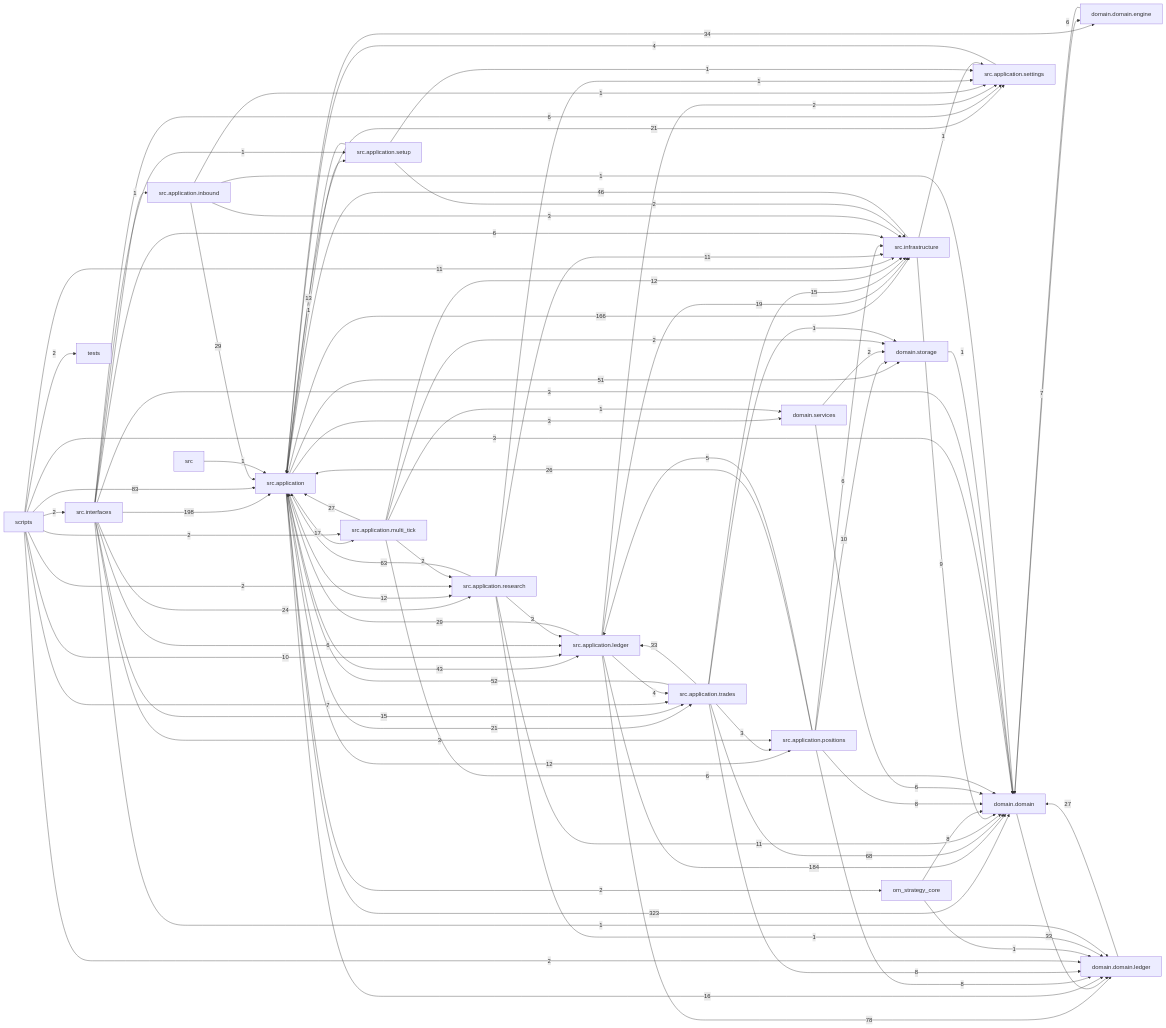
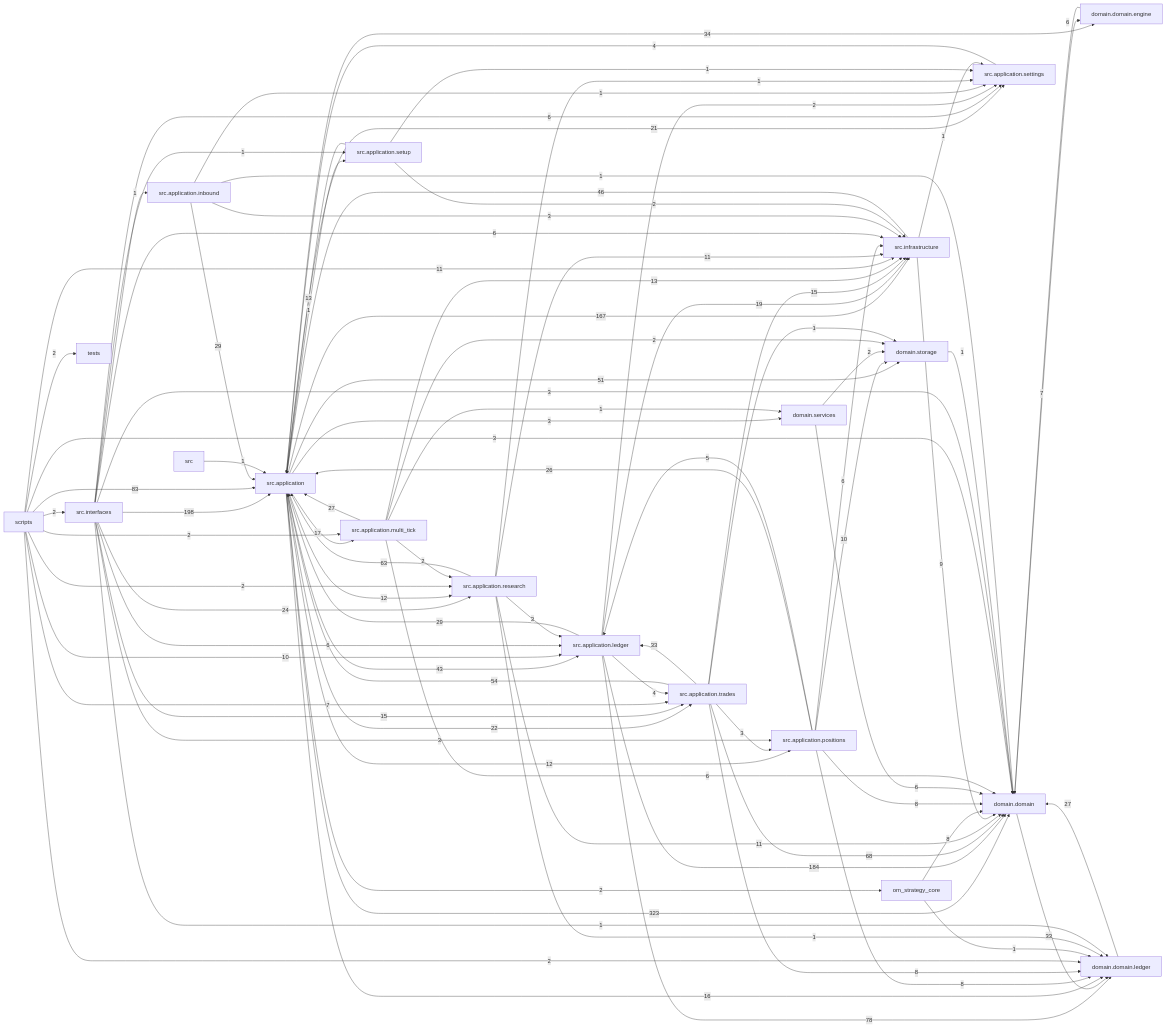
Before and after one commit to liuxie066/options-monitor: the diagram in docs/dependency_graph.mmd, drawn with Mermaid. The commit also changed 22 other files, not shown here.

```diff
--- a/docs/dependency_graph.mmd
+++ b/docs/dependency_graph.mmd
@@ -1,88 +1,88 @@
 flowchart LR
   src_application["src.application"] -->|323| domain_domain["domain.domain"]
   src_interfaces["src.interfaces"] -->|198| src_application["src.application"]
   src_application_ledger["src.application.ledger"] -->|184| domain_domain["domain.domain"]
-  src_application["src.application"] -->|166| src_infrastructure["src.infrastructure"]
+  src_application["src.application"] -->|167| src_infrastructure["src.infrastructure"]
   scripts["scripts"] -->|83| src_application["src.application"]
   src_application_ledger["src.application.ledger"] -->|78| domain_domain_ledger["domain.domain.ledger"]
   src_application_trades["src.application.trades"] -->|68| domain_domain["domain.domain"]
   src_application_research["src.application.research"] -->|63| src_application["src.application"]
-  src_application_trades["src.application.trades"] -->|52| src_application["src.application"]
+  src_application_trades["src.application.trades"] -->|54| src_application["src.application"]
   src_application["src.application"] -->|51| domain_storage["domain.storage"]
   src_infrastructure["src.infrastructure"] -->|46| src_application["src.application"]
   src_application["src.application"] -->|43| src_application_ledger["src.application.ledger"]
   src_application["src.application"] -->|34| domain_domain_engine["domain.domain.engine"]
   domain_domain["domain.domain"] -->|33| domain_domain_ledger["domain.domain.ledger"]
   src_application_trades["src.application.trades"] -->|33| src_application_ledger["src.application.ledger"]
   src_application_inbound["src.application.inbound"] -->|29| src_application["src.application"]
   src_application_ledger["src.application.ledger"] -->|29| src_application["src.application"]
   domain_domain_ledger["domain.domain.ledger"] -->|27| domain_domain["domain.domain"]
   src_application_multi_tick["src.application.multi_tick"] -->|27| src_application["src.application"]
   src_application_positions["src.application.positions"] -->|26| src_application["src.application"]
   src_interfaces["src.interfaces"] -->|24| src_application_research["src.application.research"]
+  src_application["src.application"] -->|22| src_application_trades["src.application.trades"]
   src_application["src.application"] -->|21| src_application_settings["src.application.settings"]
-  src_application["src.application"] -->|21| src_application_trades["src.application.trades"]
   src_application_ledger["src.application.ledger"] -->|19| src_infrastructure["src.infrastructure"]
   src_application["src.application"] -->|17| src_application_multi_tick["src.application.multi_tick"]
   src_application["src.application"] -->|16| domain_domain_ledger["domain.domain.ledger"]
   src_application_trades["src.application.trades"] -->|15| src_infrastructure["src.infrastructure"]
   src_interfaces["src.interfaces"] -->|15| src_application_trades["src.application.trades"]
+  src_application_multi_tick["src.application.multi_tick"] -->|13| src_infrastructure["src.infrastructure"]
   src_application_setup["src.application.setup"] -->|13| src_application["src.application"]
   src_application["src.application"] -->|12| src_application_positions["src.application.positions"]
   src_application["src.application"] -->|12| src_application_research["src.application.research"]
-  src_application_multi_tick["src.application.multi_tick"] -->|12| src_infrastructure["src.infrastructure"]
   scripts["scripts"] -->|11| src_infrastructure["src.infrastructure"]
   src_application_research["src.application.research"] -->|11| domain_domain["domain.domain"]
   src_application_research["src.application.research"] -->|11| src_infrastructure["src.infrastructure"]
   scripts["scripts"] -->|10| src_application_ledger["src.application.ledger"]
   src_application_positions["src.application.positions"] -->|10| domain_storage["domain.storage"]
   src_infrastructure["src.infrastructure"] -->|9| domain_domain["domain.domain"]
   om_strategy_core["om_strategy_core"] -->|8| domain_domain["domain.domain"]
   src_application_positions["src.application.positions"] -->|8| domain_domain["domain.domain"]
   src_application_positions["src.application.positions"] -->|8| domain_domain_ledger["domain.domain.ledger"]
   src_application_trades["src.application.trades"] -->|8| domain_domain_ledger["domain.domain.ledger"]
   domain_domain_engine["domain.domain.engine"] -->|7| domain_domain["domain.domain"]
   scripts["scripts"] -->|7| src_application_trades["src.application.trades"]
   domain_domain["domain.domain"] -->|6| domain_domain_engine["domain.domain.engine"]
   domain_services["domain.services"] -->|6| domain_domain["domain.domain"]
   src_application_multi_tick["src.application.multi_tick"] -->|6| domain_domain["domain.domain"]
   src_application_positions["src.application.positions"] -->|6| src_infrastructure["src.infrastructure"]
   src_interfaces["src.interfaces"] -->|6| src_application_ledger["src.application.ledger"]
   src_interfaces["src.interfaces"] -->|6| src_application_settings["src.application.settings"]
   src_interfaces["src.interfaces"] -->|6| src_infrastructure["src.infrastructure"]
   src_application_positions["src.application.positions"] -->|5| src_application_ledger["src.application.ledger"]
   src_application_ledger["src.application.ledger"] -->|4| src_application_trades["src.application.trades"]
   src_application_settings["src.application.settings"] -->|4| src_application["src.application"]
   scripts["scripts"] -->|3| domain_domain["domain.domain"]
   src_application["src.application"] -->|3| domain_services["domain.services"]
   src_application_inbound["src.application.inbound"] -->|3| src_infrastructure["src.infrastructure"]
   src_application_research["src.application.research"] -->|3| src_application_ledger["src.application.ledger"]
   src_application_trades["src.application.trades"] -->|3| src_application_positions["src.application.positions"]
   src_interfaces["src.interfaces"] -->|3| domain_domain["domain.domain"]
   src_interfaces["src.interfaces"] -->|3| src_application_positions["src.application.positions"]
   domain_services["domain.services"] -->|2| domain_storage["domain.storage"]
   scripts["scripts"] -->|2| domain_domain_ledger["domain.domain.ledger"]
   scripts["scripts"] -->|2| src_application_multi_tick["src.application.multi_tick"]
   scripts["scripts"] -->|2| src_application_research["src.application.research"]
   scripts["scripts"] -->|2| src_interfaces["src.interfaces"]
   scripts["scripts"] -->|2| tests["tests"]
   src_application["src.application"] -->|2| om_strategy_core["om_strategy_core"]
   src_application_ledger["src.application.ledger"] -->|2| src_application_settings["src.application.settings"]
   src_application_multi_tick["src.application.multi_tick"] -->|2| domain_storage["domain.storage"]
   src_application_multi_tick["src.application.multi_tick"] -->|2| src_application_research["src.application.research"]
   src_application_setup["src.application.setup"] -->|2| src_infrastructure["src.infrastructure"]
   domain_storage["domain.storage"] -->|1| domain_domain["domain.domain"]
   om_strategy_core["om_strategy_core"] -->|1| domain_domain_ledger["domain.domain.ledger"]
   src["src"] -->|1| src_application["src.application"]
   src_application["src.application"] -->|1| src_application_setup["src.application.setup"]
   src_application_inbound["src.application.inbound"] -->|1| domain_domain["domain.domain"]
   src_application_inbound["src.application.inbound"] -->|1| src_application_settings["src.application.settings"]
   src_application_multi_tick["src.application.multi_tick"] -->|1| domain_services["domain.services"]
   src_application_research["src.application.research"] -->|1| domain_domain_ledger["domain.domain.ledger"]
   src_application_research["src.application.research"] -->|1| src_application_settings["src.application.settings"]
   src_application_setup["src.application.setup"] -->|1| src_application_settings["src.application.settings"]
   src_application_trades["src.application.trades"] -->|1| domain_storage["domain.storage"]
   src_infrastructure["src.infrastructure"] -->|1| src_application_settings["src.application.settings"]
   src_interfaces["src.interfaces"] -->|1| domain_domain_ledger["domain.domain.ledger"]
   src_interfaces["src.interfaces"] -->|1| src_application_inbound["src.application.inbound"]
   src_interfaces["src.interfaces"] -->|1| src_application_setup["src.application.setup"]
```
